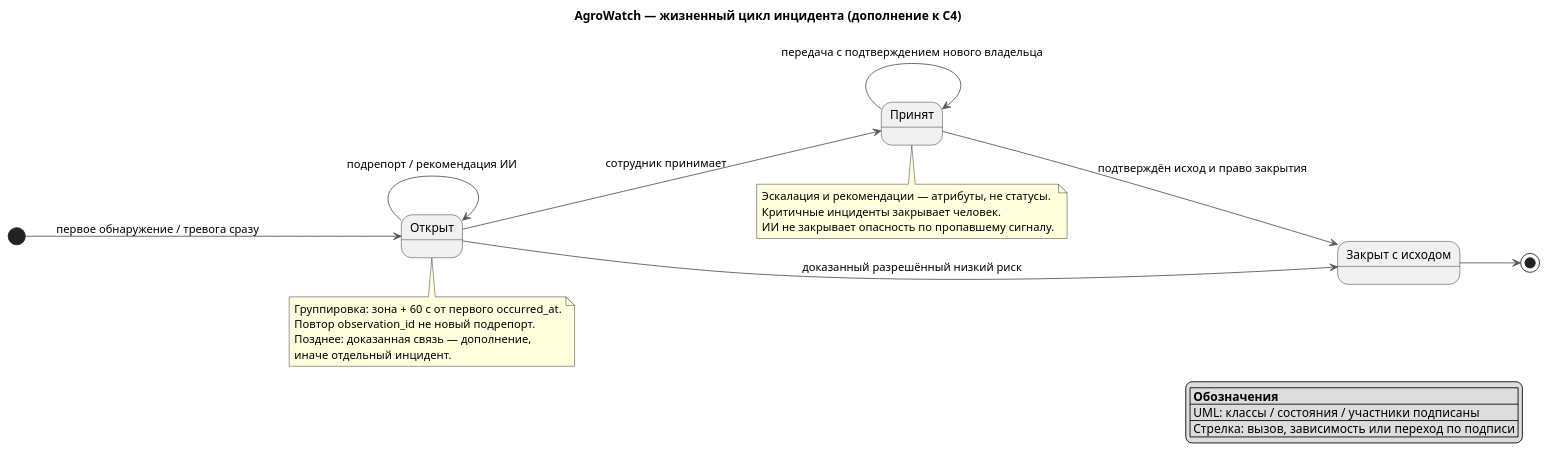
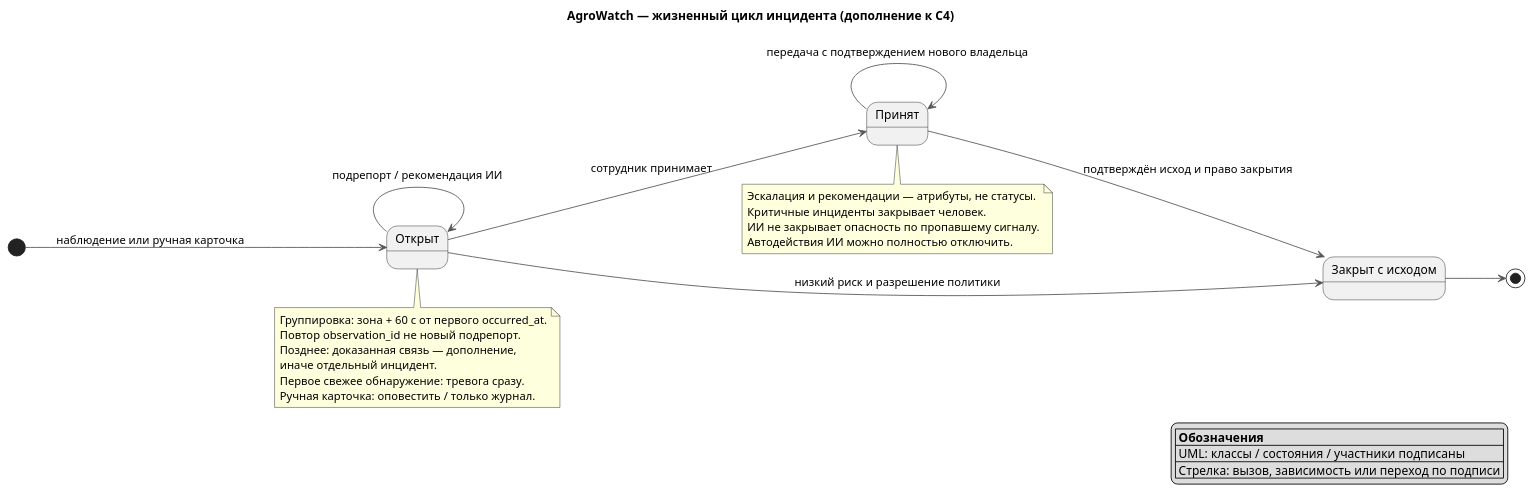
The diagram in Task3/diagrams/c4-incident.puml (rozhkovsvyat/MSA-AgroTech), drawn with PlantUML before and after one commit. The commit also changed 9 other files, not shown here.

```diff
--- a/Task3/diagrams/c4-incident.puml
+++ b/Task3/diagrams/c4-incident.puml
@@ -1,41 +1,44 @@
 @startuml
 skinparam defaultFontName Arial
 skinparam dpi 110
 skinparam shadowing false
 skinparam classBackgroundColor #85BBF0
 skinparam classBorderColor #1168BD
 skinparam ArrowColor #555555
 skinparam nodesep 45
 skinparam ranksep 70
 hide empty members
 title AgroWatch — жизненный цикл инцидента (дополнение к C4)
 
 left to right direction
 state "Открыт" as Open
 state "Принят" as Accepted
 state "Закрыт с исходом" as Closed
-[*] --> Open : первое обнаружение / тревога сразу
+[*] --> Open : наблюдение или ручная карточка
 Open --> Open : подрепорт / рекомендация ИИ
 Open --> Accepted : сотрудник принимает
 Accepted --> Accepted : передача с подтверждением нового владельца
 Accepted --> Closed : подтверждён исход и право закрытия
-Open --> Closed : доказанный разрешённый низкий риск
+Open --> Closed : низкий риск и разрешение политики
 Closed --> [*]
 note bottom of Open
 Группировка: зона + 60 с от первого occurred_at.
 Повтор observation_id не новый подрепорт.
 Позднее: доказанная связь — дополнение,
 иначе отдельный инцидент.
+Первое свежее обнаружение: тревога сразу.
+Ручная карточка: оповестить / только журнал.
 end note
 note bottom of Accepted
 Эскалация и рекомендации — атрибуты, не статусы.
 Критичные инциденты закрывает человек.
 ИИ не закрывает опасность по пропавшему сигналу.
+Автодействия ИИ можно полностью отключить.
 end note
 
 legend right
 |= Обозначения |
 | UML: классы / состояния / участники подписаны |
 | Стрелка: вызов, зависимость или переход по подписи |
 endlegend
 @enduml
```
